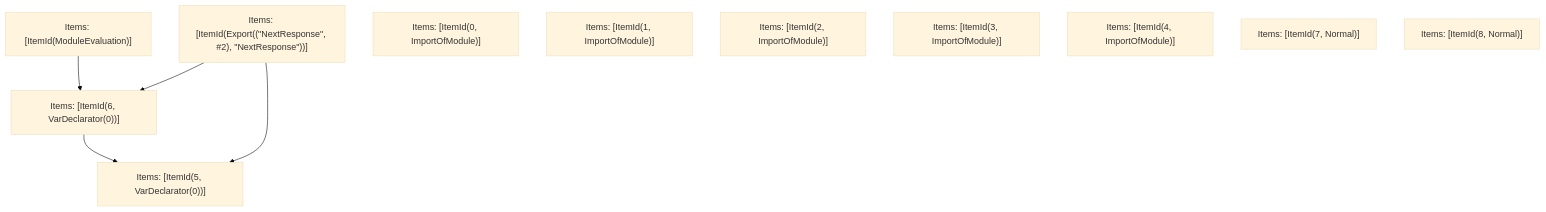
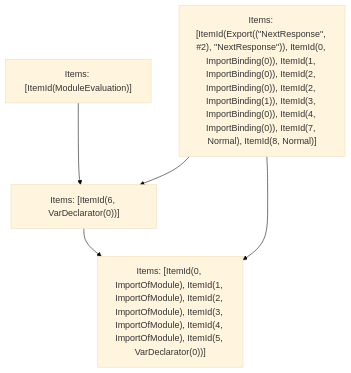
Before and after one commit to Sonar-UX-Testing-FreePlan/next.js: the fifth of 5 diagrams in turbopack/crates/turbopack-ecmascript/tests/tree-shaker/analyzer/next-response/output.md, drawn with Mermaid (base theme). The commit also changed other lines of this file and 38 other files, not shown here.

````diff
--- a/turbopack/crates/turbopack-ecmascript/tests/tree-shaker/analyzer/next-response/output.md
+++ b/turbopack/crates/turbopack-ecmascript/tests/tree-shaker/analyzer/next-response/output.md
@@ -411,18 +411,11 @@
 ```mermaid
 graph TD
     N0["Items: [ItemId(ModuleEvaluation)]"];
-    N1["Items: [ItemId(Export((&quot;NextResponse&quot;, #2), &quot;NextResponse&quot;))]"];
-    N2["Items: [ItemId(5, VarDeclarator(0))]"];
+    N1["Items: [ItemId(Export((&quot;NextResponse&quot;, #2), &quot;NextResponse&quot;)), ItemId(0, ImportBinding(0)), ItemId(1, ImportBinding(0)), ItemId(2, ImportBinding(0)), ItemId(2, ImportBinding(1)), ItemId(3, ImportBinding(0)), ItemId(4, ImportBinding(0)), ItemId(7, Normal), ItemId(8, Normal)]"];
+    N2["Items: [ItemId(0, ImportOfModule), ItemId(1, ImportOfModule), ItemId(2, ImportOfModule), ItemId(3, ImportOfModule), ItemId(4, ImportOfModule), ItemId(5, VarDeclarator(0))]"];
     N3["Items: [ItemId(6, VarDeclarator(0))]"];
-    N4["Items: [ItemId(0, ImportOfModule)]"];
-    N5["Items: [ItemId(1, ImportOfModule)]"];
-    N6["Items: [ItemId(2, ImportOfModule)]"];
-    N7["Items: [ItemId(3, ImportOfModule)]"];
-    N8["Items: [ItemId(4, ImportOfModule)]"];
-    N9["Items: [ItemId(7, Normal)]"];
-    N10["Items: [ItemId(8, Normal)]"];
     N1 --> N3;
     N3 --> N2;
     N1 --> N2;
     N0 --> N3;
 ```
````
